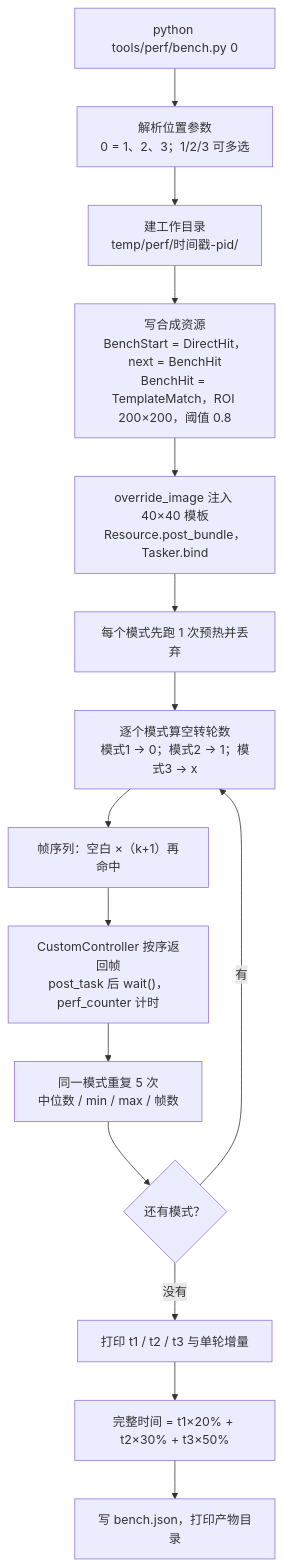
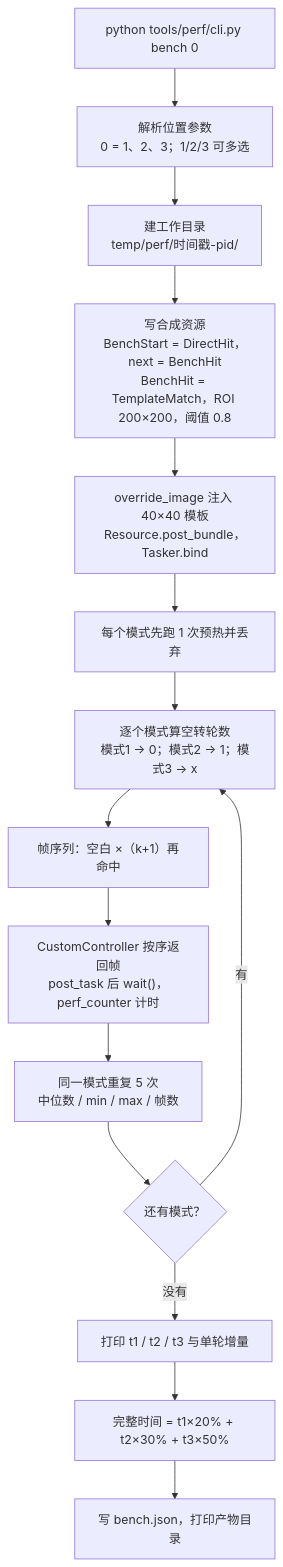
The second of 3 diagrams in tools/perf/README.md (melancholyFishAndWater/MaaAshArms), drawn with Mermaid before and after one commit. The commit also changed other lines of this file and 113 other files, not shown here.

````diff
--- a/tools/perf/README.md
+++ b/tools/perf/README.md
@@ -212,17 +212,17 @@
 ```mermaid
 flowchart TD
-    A["python tools/perf/bench.py 0"] --> B["解析位置参数<br/>0 = 1、2、3；1/2/3 可多选"]
+    A["python tools/perf/cli.py bench 0"] --> B["解析位置参数<br/>0 = 1、2、3；1/2/3 可多选"]
     B --> C["建工作目录<br/>temp/perf/时间戳-pid/"]
     C --> D["写合成资源<br/>BenchStart = DirectHit，next = BenchHit<br/>BenchHit = TemplateMatch，ROI 200×200，阈值 0.8"]
     D --> E["override_image 注入 40×40 模板<br/>Resource.post_bundle，Tasker.bind"]
     E --> F["每个模式先跑 1 次预热并丢弃"]
     F --> G["逐个模式算空转轮数<br/>模式1 → 0；模式2 → 1；模式3 → x"]
     G --> H["帧序列：空白 ×（k+1）再命中"]
     H --> I["CustomController 按序返回帧<br/>post_task 后 wait()，perf_counter 计时"]
     I --> J["同一模式重复 5 次<br/>中位数 / min / max / 帧数"]
     J --> K{"还有模式？"}
     K -- "有" --> G
     K -- "没有" --> L["打印 t1 / t2 / t3 与单轮增量"]
     L --> M["完整时间 = t1×20% + t2×30% + t3×50%"]
     M --> N["写 bench.json，打印产物目录"]
 ```
````
